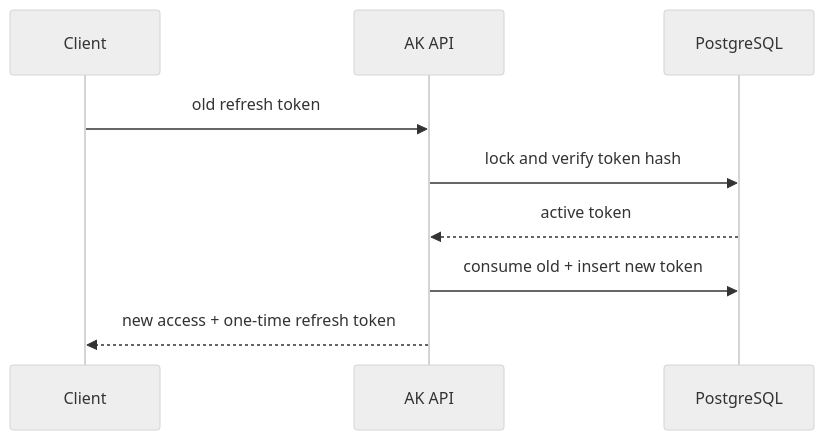
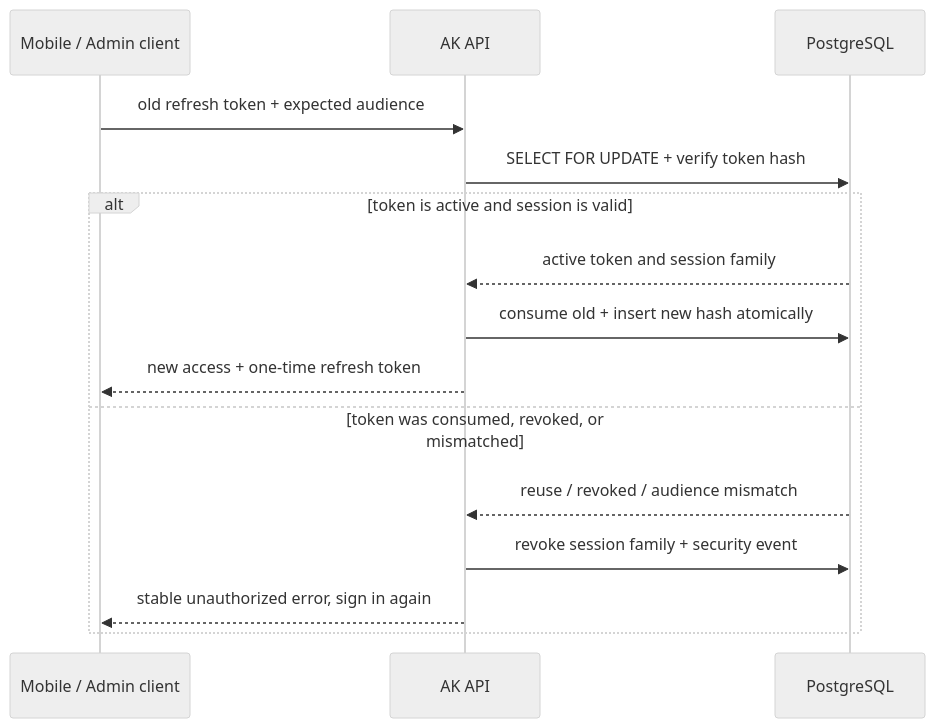
The second of 3 diagrams in apps/ak-docs/docs/zh-CN/concepts/authentication.md (Payhon/AppKernia), drawn with Mermaid (neutral theme) before and after one commit. The commit also changed other lines of this file and 65 other files, not shown here.

Commit message:
feat(docs): enrich architecture and project story

````diff
--- a/apps/ak-docs/docs/zh-CN/concepts/authentication.md
+++ b/apps/ak-docs/docs/zh-CN/concepts/authentication.md
@@ -19,11 +45,19 @@
 ```mermaid
 sequenceDiagram
-  participant C as Client
+  accTitle: AppKernia Refresh Token 轮换与重放检测
+  accDescr: 服务端锁定刷新令牌记录并验证哈希；活动令牌被消费并替换，已消费令牌重用会撤销整个会话家族并记录安全事件。
+  participant C as Mobile / Admin client
   participant A as AK API
   participant D as PostgreSQL
-  C->>A: old refresh token
-  A->>D: lock and verify token hash
-  D-->>A: active token
-  A->>D: consume old + insert new token
-  A-->>C: new access + one-time refresh token
+  C->>A: old refresh token + expected audience
+  A->>D: SELECT FOR UPDATE + verify token hash
+  alt token is active and session is valid
+    D-->>A: active token and session family
+    A->>D: consume old + insert new hash atomically
+    A-->>C: new access + one-time refresh token
+  else token was consumed, revoked, or mismatched
+    D-->>A: reuse / revoked / audience mismatch
+    A->>D: revoke session family + security event
+    A-->>C: stable unauthorized error, sign in again
+  end
 ```
````
